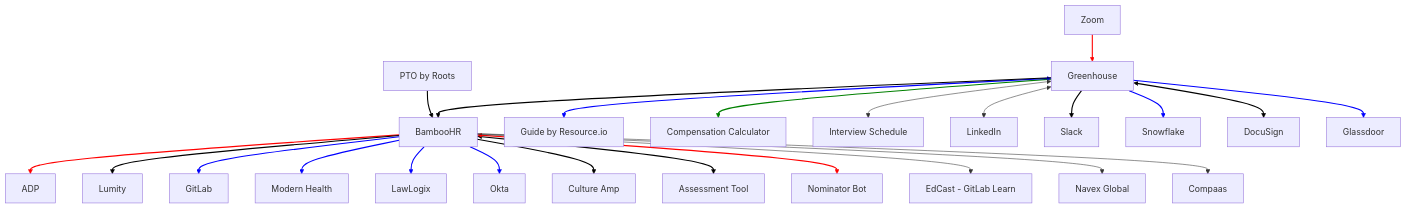
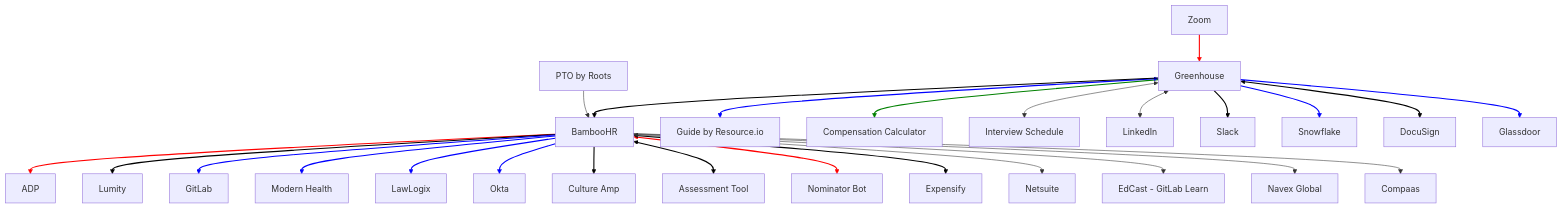
Before and after one commit to secretstartups/handbook: the diagram in people-group/systems-architecture/index.html.md, drawn with Mermaid.

Commit message:
Adds Netsuite and Expensify to the BHR integrations diagram

```diff
--- a/people-group/systems-architecture/index.html.md
+++ b/people-group/systems-architecture/index.html.md
@@ -40,6 +40,8 @@
     W[DocuSign]
     X[Glassdoor]
     Y[Zoom]
+    Z[Expensify]
+    AA[Netsuite]
 
     A --> P 
     linkStyle 0 stroke-width:2px,fill:none,stroke:green;
@@ -77,6 +79,10 @@
     linkStyle 10 stroke-width:2px,fill:none,stroke:blue;
     B <--> J
     linkStyle 11 stroke-width:2px,fill:none,stroke:blue;
+    B <--> Z
+    linkStyle 11 stroke-width:2px,fill:none,stroke:blue;
+    B <--> AA
+    linkStyle 11 stroke-width:2px,fill:none,stroke:blue;
 
     E --> B
     linkStyle 12 stroke-width:2px,fill:none,stroke:blue;
```
